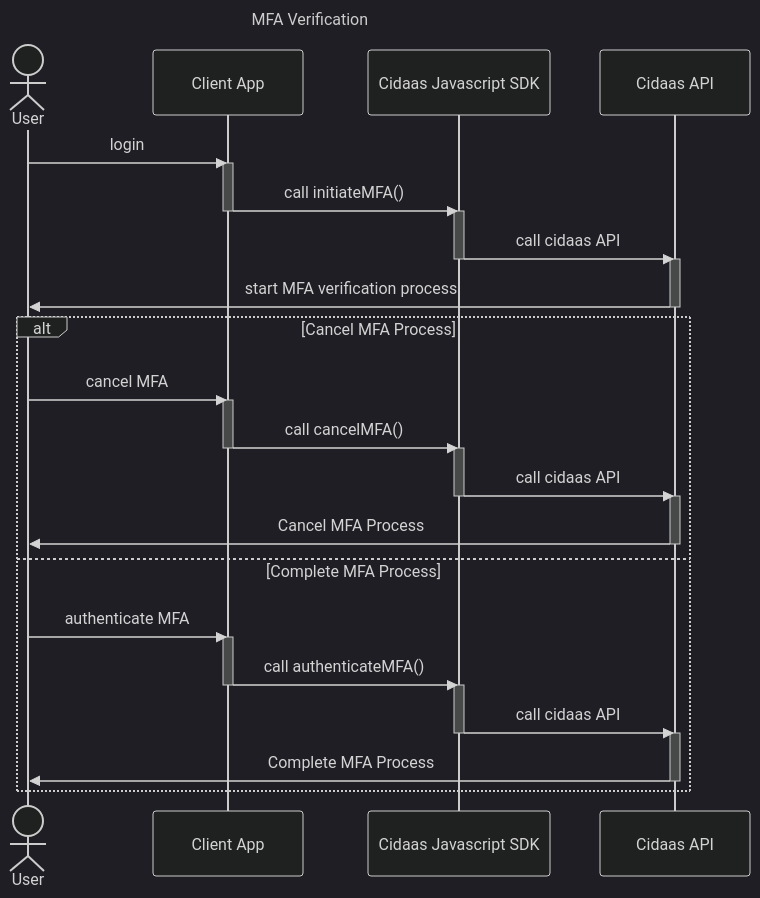
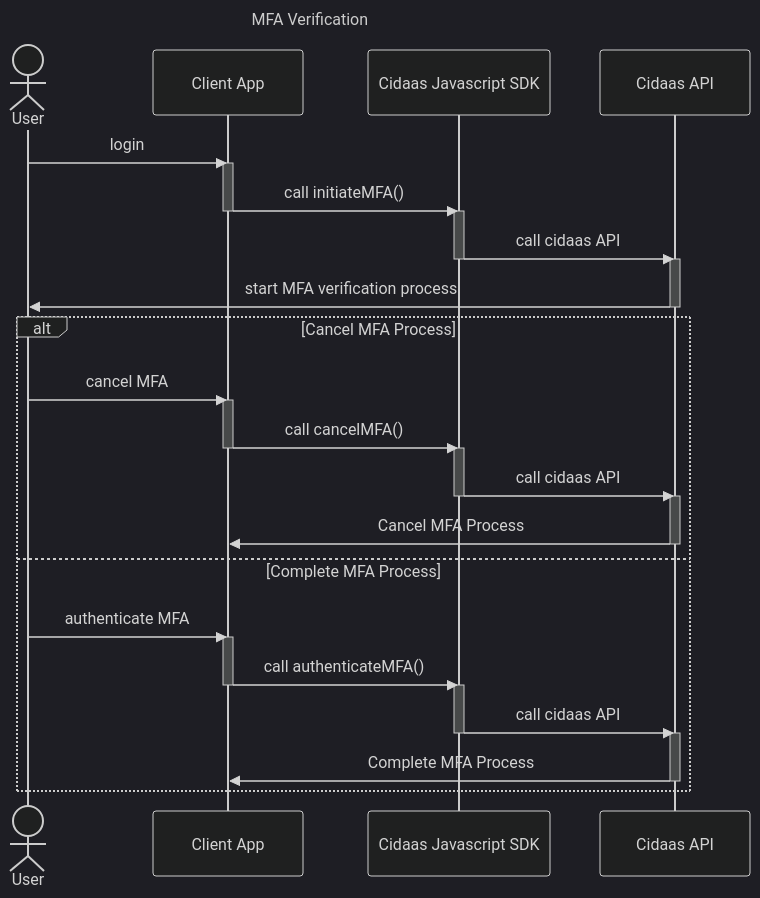
One commit to cidaas/cidaas-javascript-sdk changed the first of 2 diagrams in overview/multifactor-authentication.md. Above: the diagram before and after it, drawn with Mermaid (dark theme). The commit also changed other lines of this file and 6 other files, not shown here.

````diff
--- a/overview/multifactor-authentication.md
+++ b/overview/multifactor-authentication.md
@@ -14,55 +14,55 @@
 ```mermaid
 ---
 title: MFA Verification
 ---
 sequenceDiagram
   Actor User 
   participant ClientApp as Client App
   participant CidaasSDK as Cidaas Javascript SDK
   participant CidaasAPI as Cidaas API
 
 User ->> ClientApp: login
 
 activate ClientApp
 ClientApp ->> CidaasSDK: call initiateMFA()
 deactivate ClientApp
 
 activate CidaasSDK
 CidaasSDK ->> CidaasAPI: call cidaas API
 deactivate CidaasSDK
 
 activate CidaasAPI
 CidaasAPI ->> User: start MFA verification process
 deactivate CidaasAPI
 
 
 alt Cancel MFA Process
     User ->> ClientApp: cancel MFA
 
     activate ClientApp
     ClientApp ->> CidaasSDK: call cancelMFA()
     deactivate ClientApp
 
     activate CidaasSDK
     CidaasSDK ->> CidaasAPI: call cidaas API
     deactivate CidaasSDK
 
     activate CidaasAPI
-    CidaasAPI ->> User: Cancel MFA Process
+    CidaasAPI ->> ClientApp: Cancel MFA Process
     deactivate CidaasAPI
 else Complete MFA Process
     User ->> ClientApp: authenticate MFA
 
     activate ClientApp
     ClientApp ->> CidaasSDK: call authenticateMFA()
     deactivate ClientApp
 
     activate CidaasSDK
     CidaasSDK ->> CidaasAPI: call cidaas API
     deactivate CidaasSDK
 
     activate CidaasAPI
-    CidaasAPI ->> User: Complete MFA Process
+    CidaasAPI ->> ClientApp: Complete MFA Process
     deactivate CidaasAPI
 end
 ```
````
